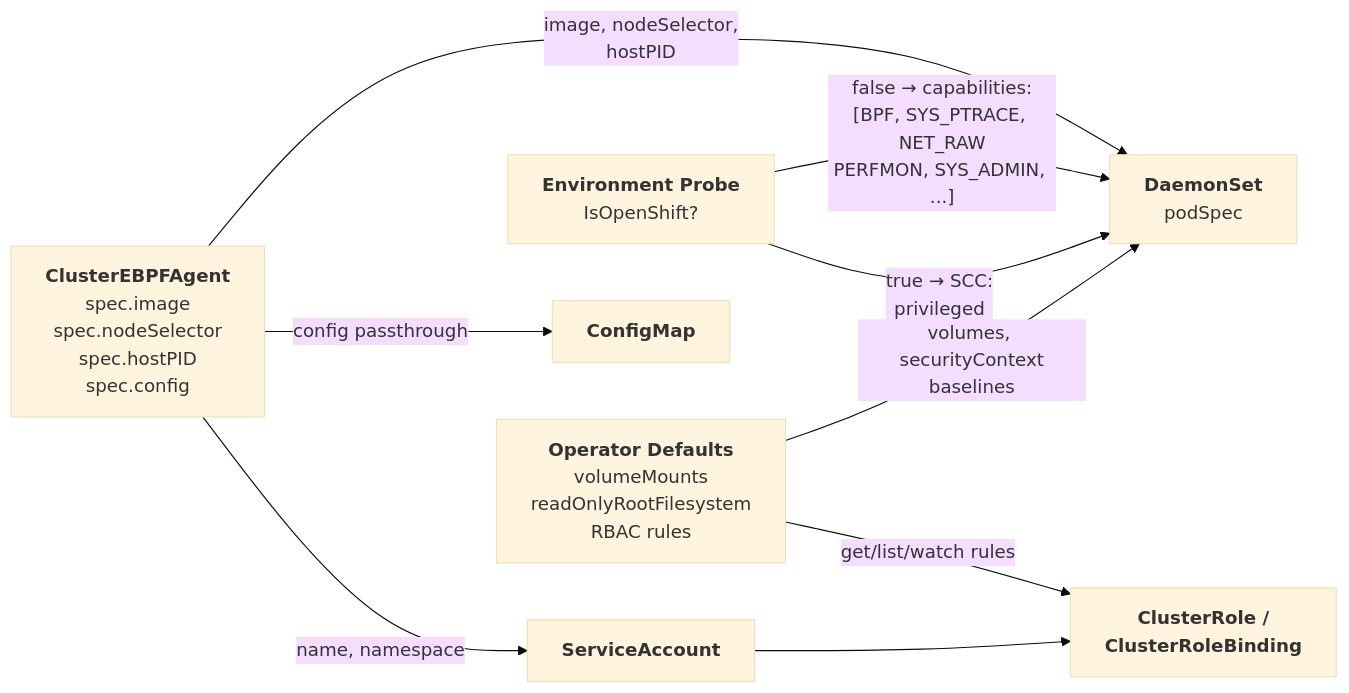
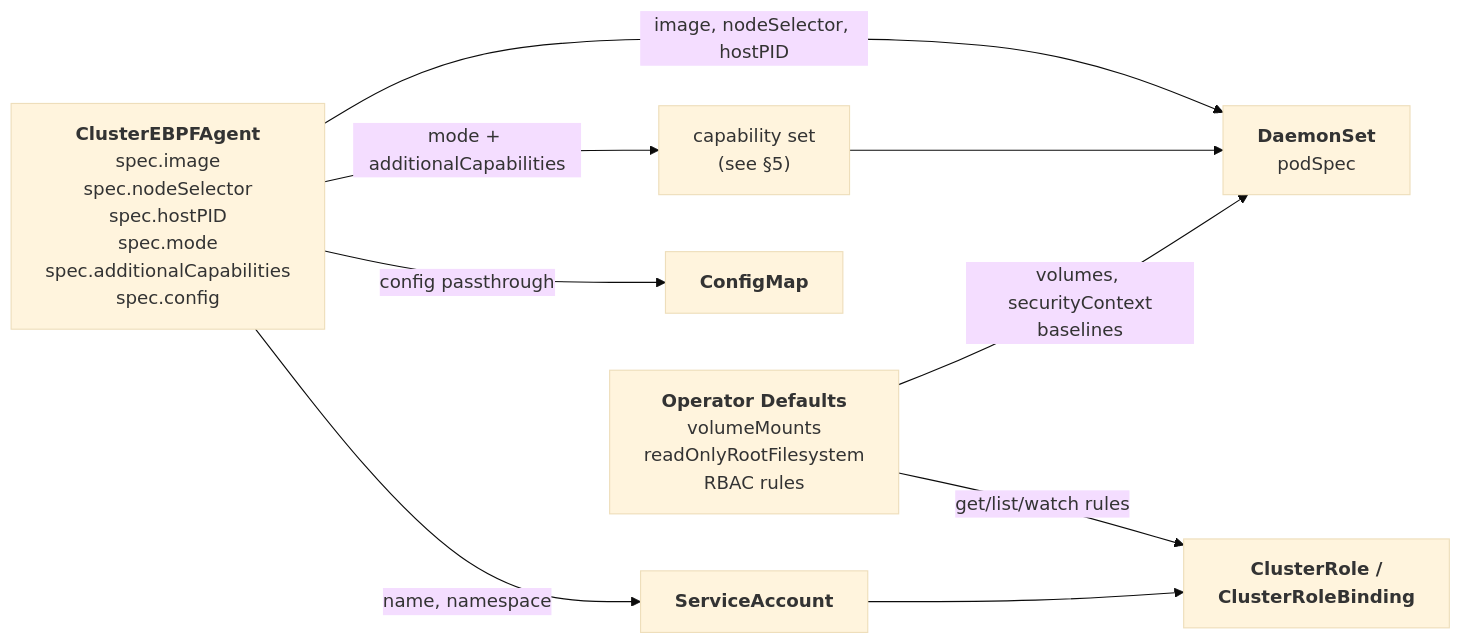
One commit to ozzywalsh/obi-poc changed the second of 2 diagrams in design-doc.md. Above: the diagram before and after it, drawn with Mermaid (base theme). The commit also changed other lines of this file, not shown here.

````diff
--- a/design-doc.md
+++ b/design-doc.md
@@ -58,15 +58,14 @@
 ```mermaid
 flowchart LR
-    CR["<b>ClusterEBPFAgent</b><br/>spec.image<br/>spec.nodeSelector<br/>spec.hostPID<br/>spec.config"]
-    ENV["<b>Environment Probe</b><br/>IsOpenShift?"]
+    CR["<b>ClusterEBPFAgent</b><br/>spec.image<br/>spec.nodeSelector<br/>spec.hostPID<br/>spec.mode<br/>spec.additionalCapabilities<br/>spec.config"]
     DEF["<b>Operator Defaults</b><br/>volumeMounts<br/>readOnlyRootFilesystem<br/>RBAC rules"]
 
-    CR -->|image, nodeSelector,\nhostPID| DS["<b>DaemonSet</b><br/>podSpec"]
+    CR -->|image, nodeSelector, hostPID| DS["<b>DaemonSet</b><br/>podSpec"]
+    CR -->|mode + additionalCapabilities| CAPS["capability set\n(see §5)"]
     CR -->|config passthrough| CM["<b>ConfigMap</b>"]
-    ENV -->|"false → capabilities:\n[BPF, SYS_PTRACE, NET_RAW\nPERFMON, SYS_ADMIN, ...]"| DS
-    ENV -->|"true → SCC:\nprivileged"| DS
+    CAPS --> DS
     DEF -->|volumes, securityContext\nbaselines| DS
     DEF -->|get/list/watch rules| RBAC["<b>ClusterRole /\nClusterRoleBinding</b>"]
     CR -->|name, namespace| SA["<b>ServiceAccount</b>"]
     SA --> RBAC
 ```
````
